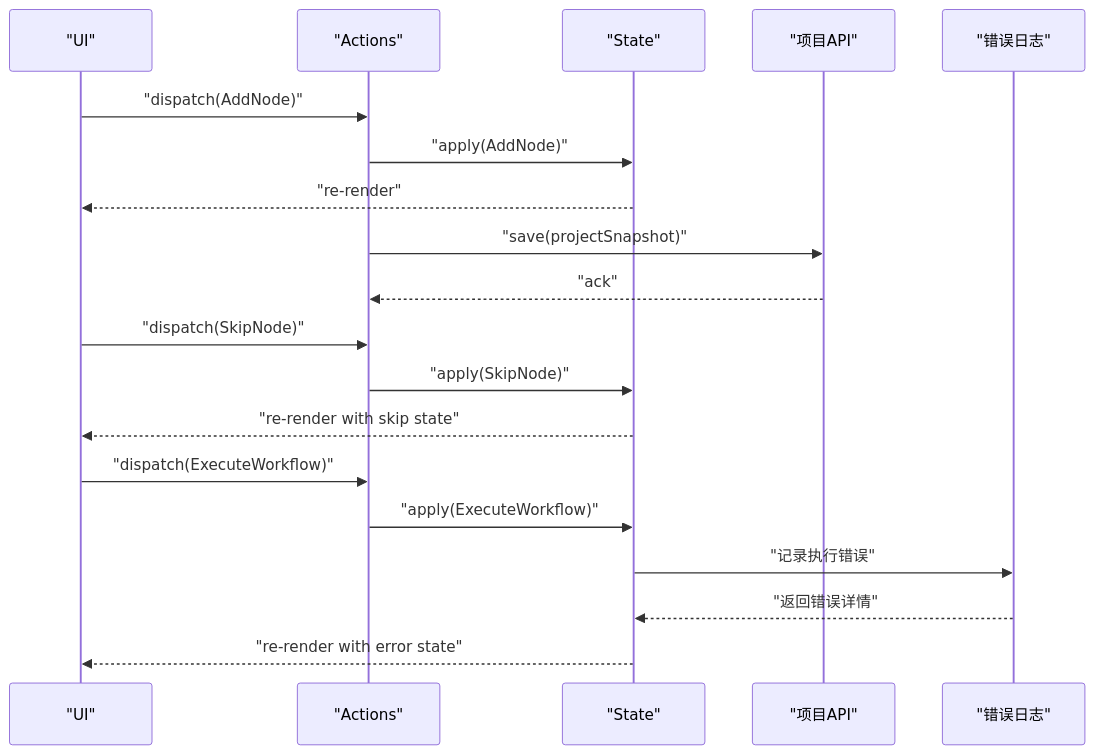
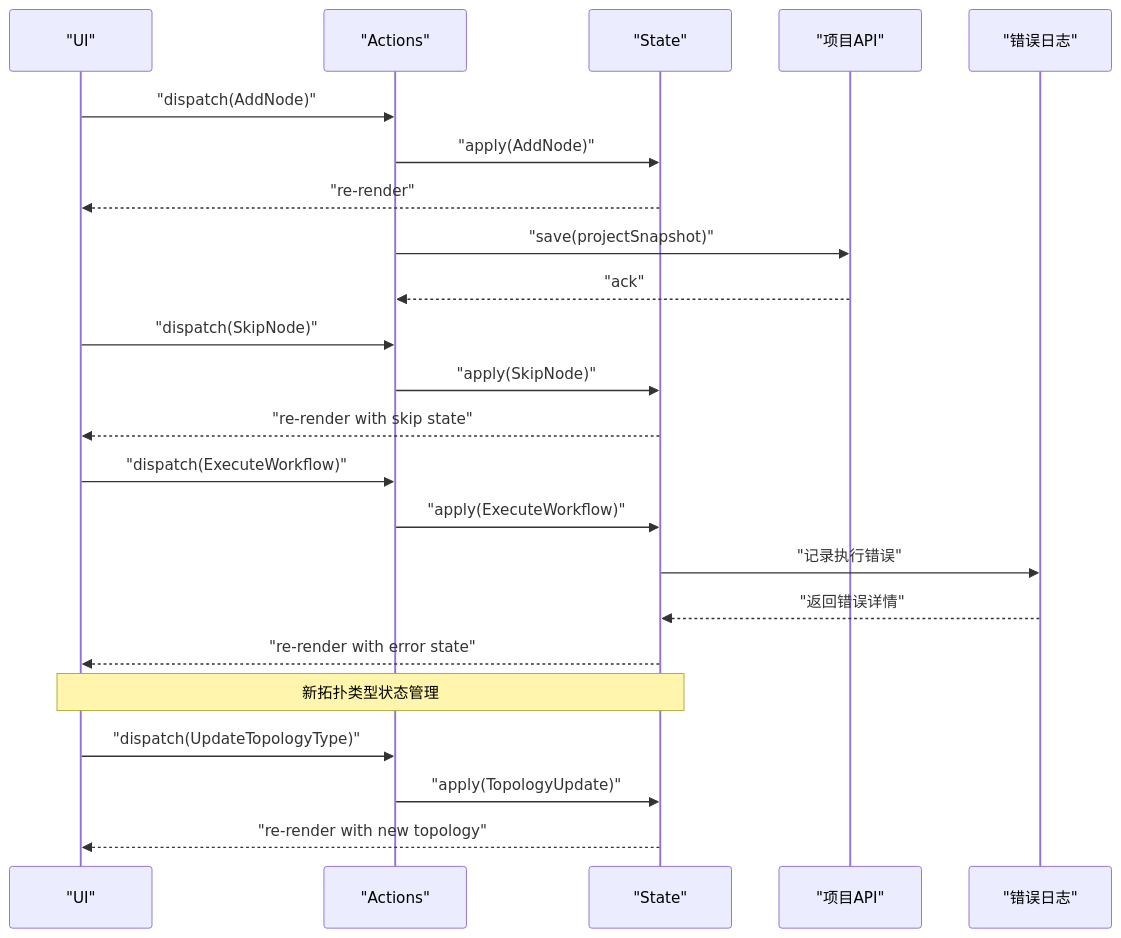
One commit to scottcwy/PurpleInk changed the eighth of 16 diagrams in .qoder/repowiki/zh/content/画布编辑器/画布编辑器.md. Above: the diagram before and after it, drawn with Mermaid. The commit also changed other lines of this file and 29 other files, not shown here.

````diff
--- a/.qoder/repowiki/zh/content/画布编辑器/画布编辑器.md
+++ b/.qoder/repowiki/zh/content/画布编辑器/画布编辑器.md
@@ -426,21 +500,25 @@
 ```mermaid
 sequenceDiagram
 participant UI as "UI"
 participant Actions as "Actions"
 participant State as "State"
 participant API as "项目API"
 participant ErrorLog as "错误日志"
 UI->>Actions : "dispatch(AddNode)"
 Actions->>State : "apply(AddNode)"
 State-->>UI : "re-render"
 Actions->>API : "save(projectSnapshot)"
 API-->>Actions : "ack"
 UI->>Actions : "dispatch(SkipNode)"
 Actions->>State : "apply(SkipNode)"
 State-->>UI : "re-render with skip state"
 UI->>Actions : "dispatch(ExecuteWorkflow)"
 Actions->>State : "apply(ExecuteWorkflow)"
 State->>ErrorLog : "记录执行错误"
 ErrorLog-->>State : "返回错误详情"
 State-->>UI : "re-render with error state"
+Note over UI,State : 新拓扑类型状态管理
+UI->>Actions : "dispatch(UpdateTopologyType)"
+Actions->>State : "apply(TopologyUpdate)"
+State-->>UI : "re-render with new topology"
 ```
````
